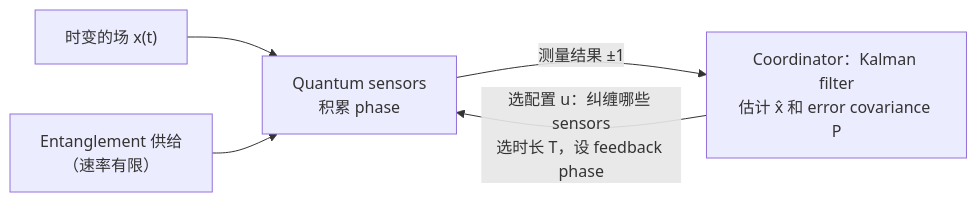
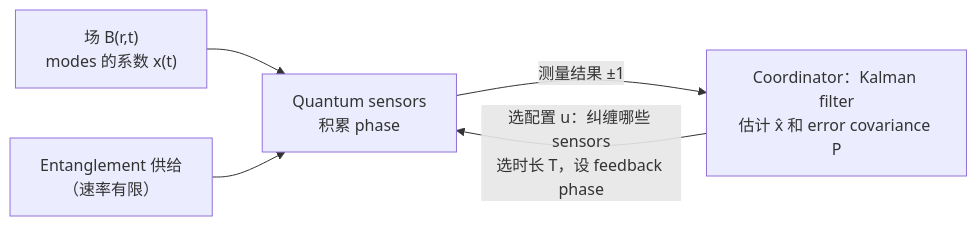
Before and after one commit to VacuumFreezer/entangled-sensor-kalman: the diagram in problem_formulation_zh.md, drawn with Mermaid. The commit also changed other lines of this file and 1 other file, not shown here.

First line of the commit message:
Formulation: define targets as spatial modes of a position-dependent field

````diff
--- a/problem_formulation_zh.md
+++ b/problem_formulation_zh.md
@@ -178,7 +209,7 @@
 ```mermaid
 flowchart LR
-  F["时变的场 x(t)"] --> S["Quantum sensors<br/>积累 phase"]
+  F["场 B(r,t)<br/>modes 的系数 x(t)"] --> S["Quantum sensors<br/>积累 phase"]
   E["Entanglement 供给<br/>（速率有限）"] --> S
   S -- "测量结果 ±1" --> KF["Coordinator：Kalman filter<br/>估计 x̂ 和 error covariance P"]
   KF -- "选配置 u：纠缠哪些 sensors<br/>选时长 T，设 feedback phase" --> S
 ```
````
